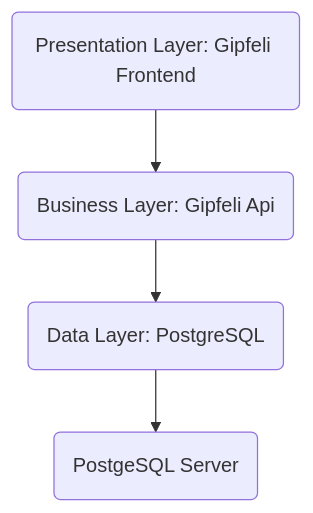
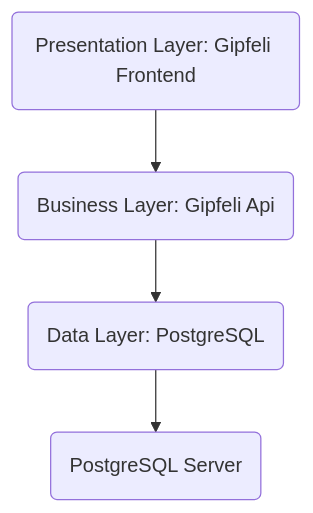
One commit to gipfeli-io/documentation changed the diagram in docs/architecture/basics.md. Above: the diagram before and after it, drawn with Mermaid.

````diff
--- a/docs/architecture/basics.md
+++ b/docs/architecture/basics.md
@@ -14,6 +14,6 @@
 ```mermaid
 graph TD;
     A(Presentation Layer: Gipfeli Frontend)-->B(Business Layer: Gipfeli Api);
     B-->C(Data Layer: PostgreSQL);
-    C-->D(PostgeSQL Server);
+    C-->D(PostgreSQL Server);
 ```
````
